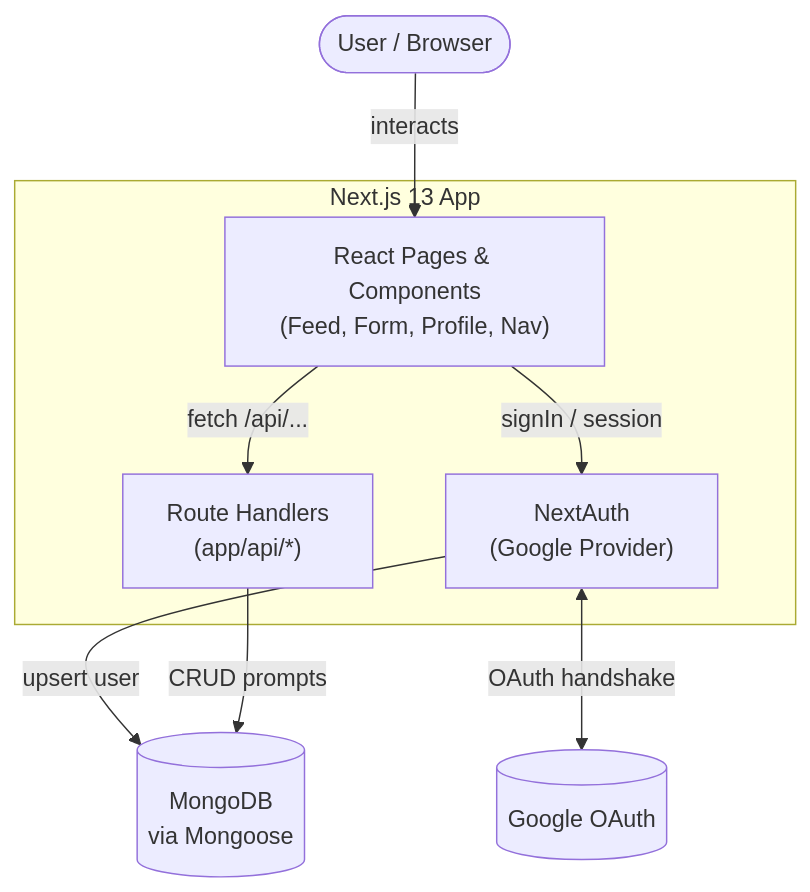
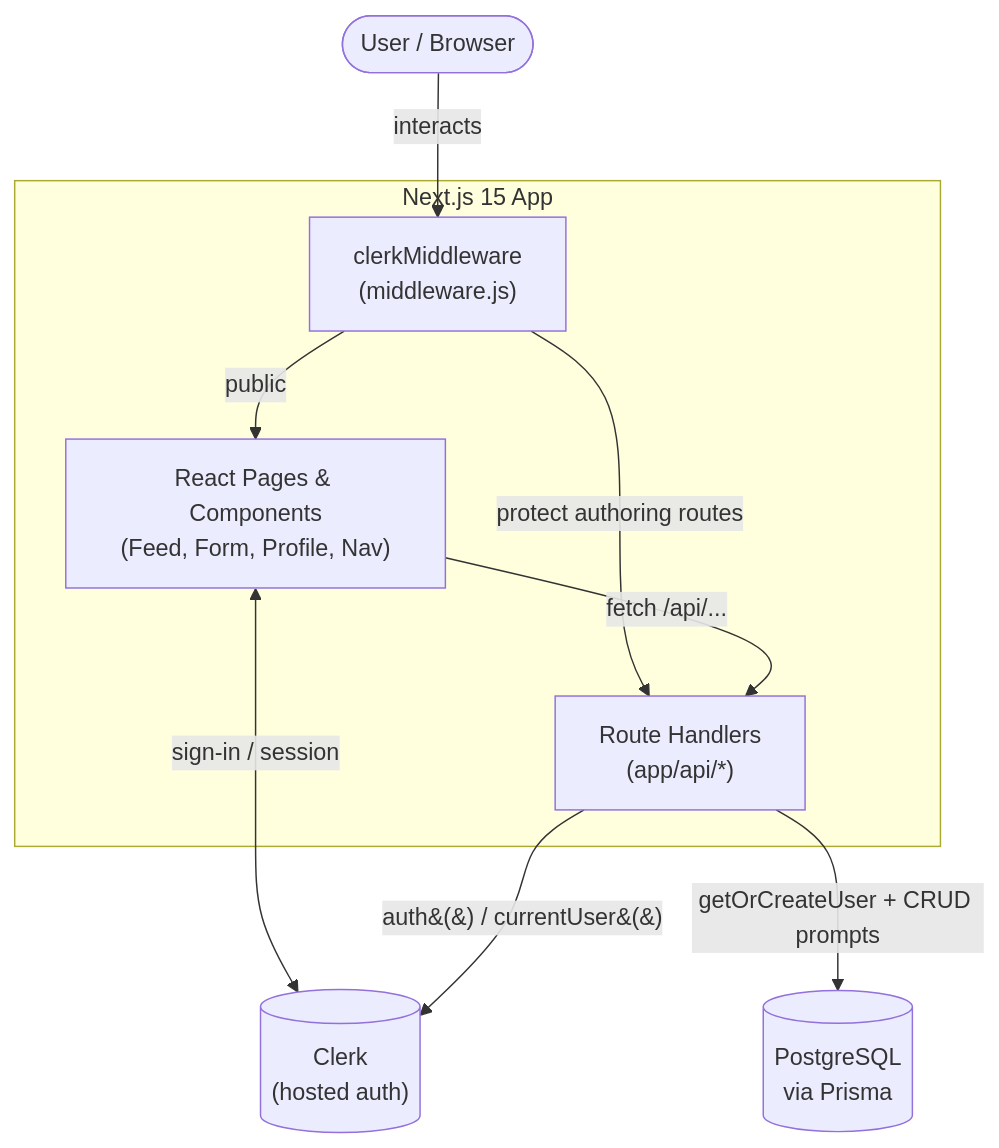
One commit to ammansoomro/prompt-o-phobia changed the first of 3 diagrams in README.md. Above: the diagram before and after it, drawn with Mermaid. The commit also changed other lines of this file and 43 other files, not shown here.

````diff
--- a/README.md
+++ b/README.md
@@ -85,18 +87,19 @@
 ```mermaid
 graph TD
     User([User / Browser])
-    subgraph NextApp["Next.js 13 App"]
+    subgraph NextApp["Next.js 15 App"]
+        MW["clerkMiddleware<br/>(middleware.js)"]
         Pages["React Pages & Components<br/>(Feed, Form, Profile, Nav)"]
         API["Route Handlers<br/>(app/api/*)"]
-        Auth["NextAuth<br/>(Google Provider)"]
     end
-    Google[("Google OAuth")]
-    DB[("MongoDB<br/>via Mongoose")]
+    Clerk[("Clerk<br/>(hosted auth)")]
+    DB[("PostgreSQL<br/>via Prisma")]
 
-    User -->|interacts| Pages
+    User -->|interacts| MW
+    MW -->|public| Pages
+    MW -->|protect authoring routes| API
     Pages -->|fetch /api/...| API
-    Pages -->|signIn / session| Auth
-    Auth <-->|OAuth handshake| Google
-    Auth -->|upsert user| DB
-    API -->|CRUD prompts| DB
+    Pages <-->|sign-in / session| Clerk
+    API -->|auth&#40;&#41; / currentUser&#40;&#41;| Clerk
+    API -->|getOrCreateUser + CRUD prompts| DB
 ```
````
